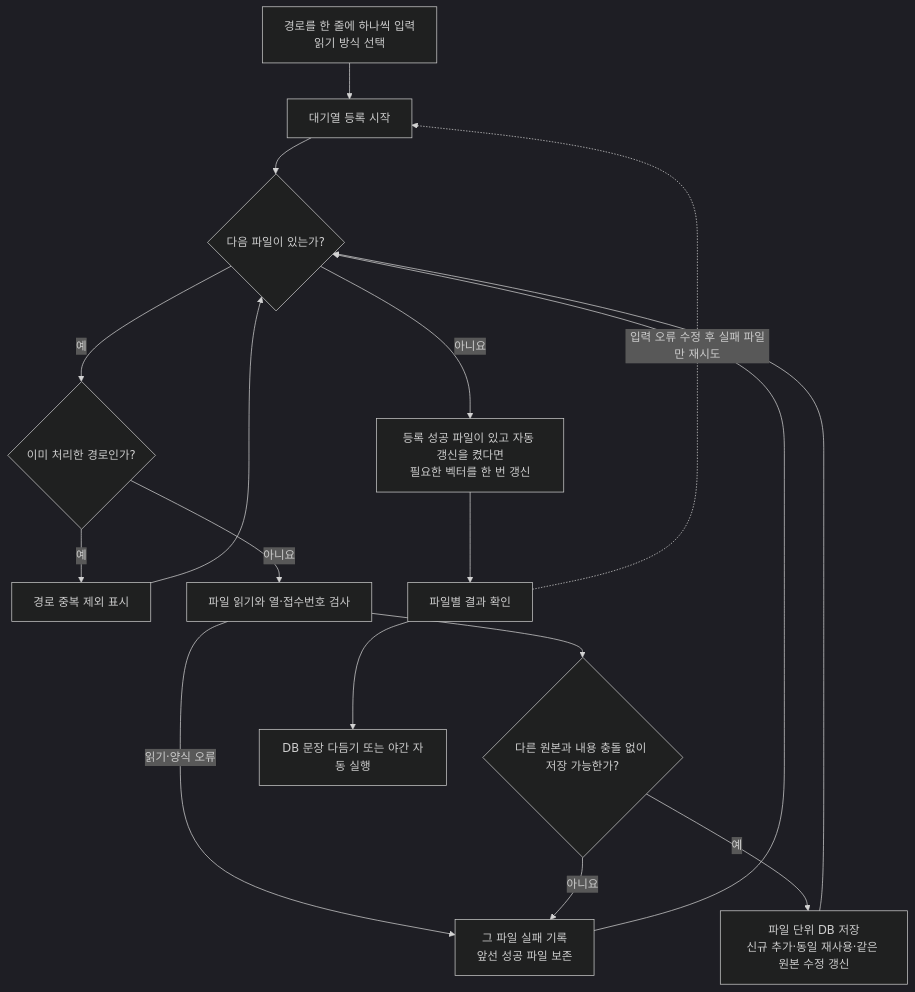
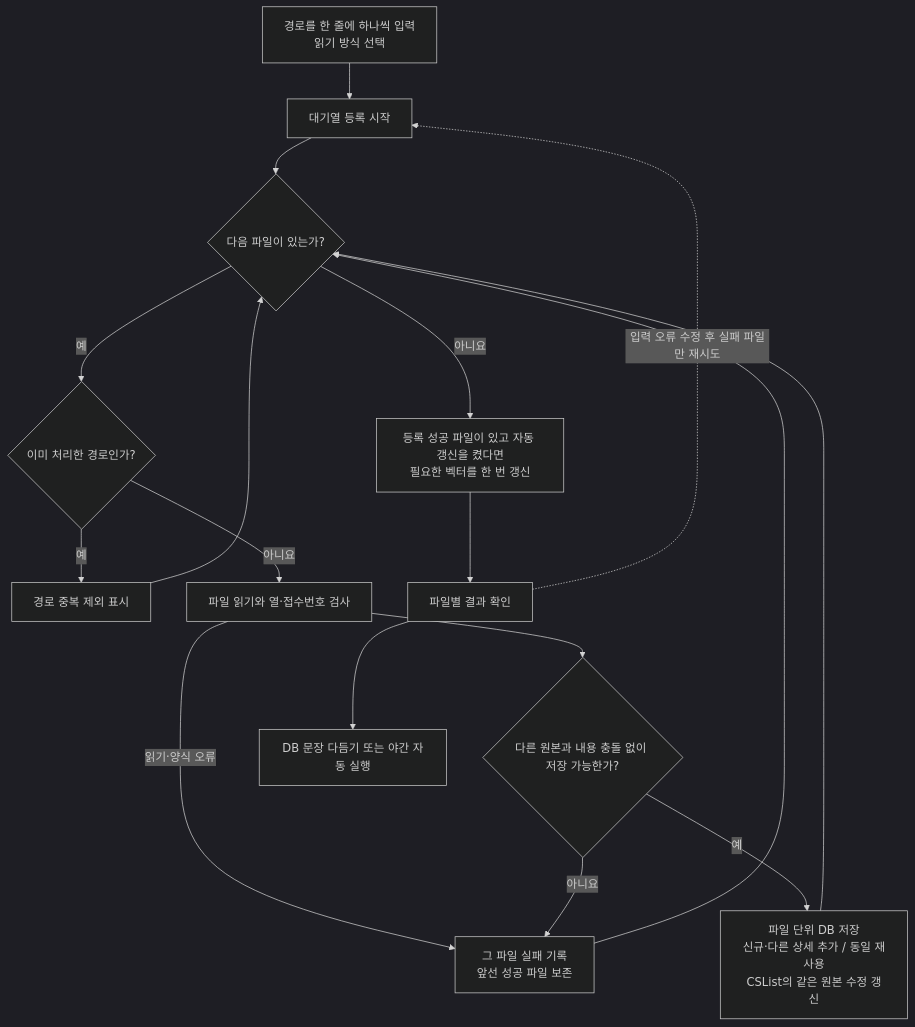
Before and after one commit to pmh10401/cs-excel-rag: the fourth of 18 diagrams in docs/전체-프로그램-플로우.md, drawn with Mermaid (dark theme). The commit also changed other lines of this file and 26 other files, not shown here.

Commit message:
feat: preserve distinct cumulative CS details and support updated Excel schema

````diff
--- a/docs/전체-프로그램-플로우.md
+++ b/docs/전체-프로그램-플로우.md
@@ -101,19 +116,19 @@
 ```mermaid
 flowchart TD
     A[경로를 한 줄에 하나씩 입력<br/>읽기 방식 선택] --> B[대기열 등록 시작]
     B --> C{다음 파일이 있는가?}
     C -->|예| D{이미 처리한 경로인가?}
     D -->|예| SKIP[경로 중복 제외 표시]
     SKIP --> C
     D -->|아니요| E[파일 읽기와 열·접수번호 검사]
     E --> F{다른 원본과 내용 충돌 없이 저장 가능한가?}
     E -->|읽기·양식 오류| ERR[그 파일 실패 기록<br/>앞선 성공 파일 보존]
     F -->|아니요| ERR
-    F -->|예| SAVE[파일 단위 DB 저장<br/>신규 추가·동일 재사용·같은 원본 수정 갱신]
+    F -->|예| SAVE[파일 단위 DB 저장<br/>신규·다른 상세 추가 / 동일 재사용<br/>CSList의 같은 원본 수정 갱신]
     SAVE --> C
     ERR --> C
     C -->|아니요| V[등록 성공 파일이 있고 자동 갱신을 켰다면<br/>필요한 벡터를 한 번 갱신]
     V --> R[파일별 결과 확인]
     R -. 입력 오류 수정 후 실패 파일만 재시도 .-> B
     R --> NEXT[DB 문장 다듬기 또는 야간 자동 실행]
 ```
````
